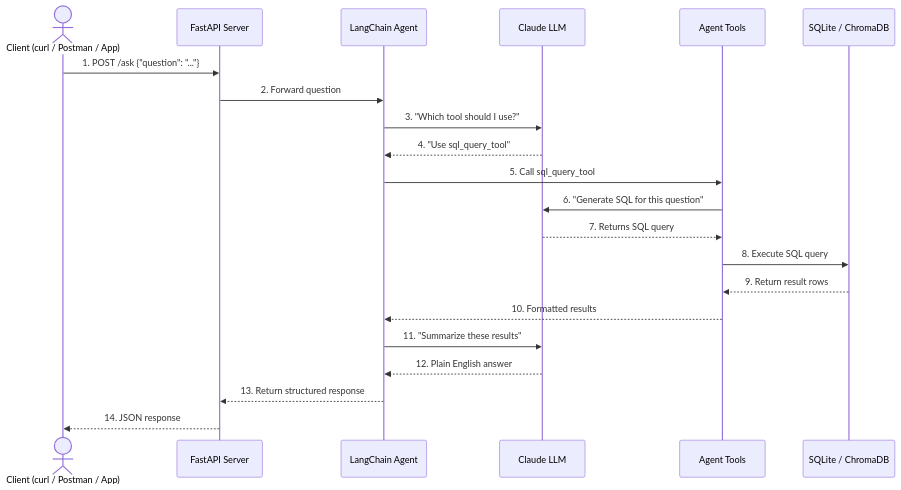
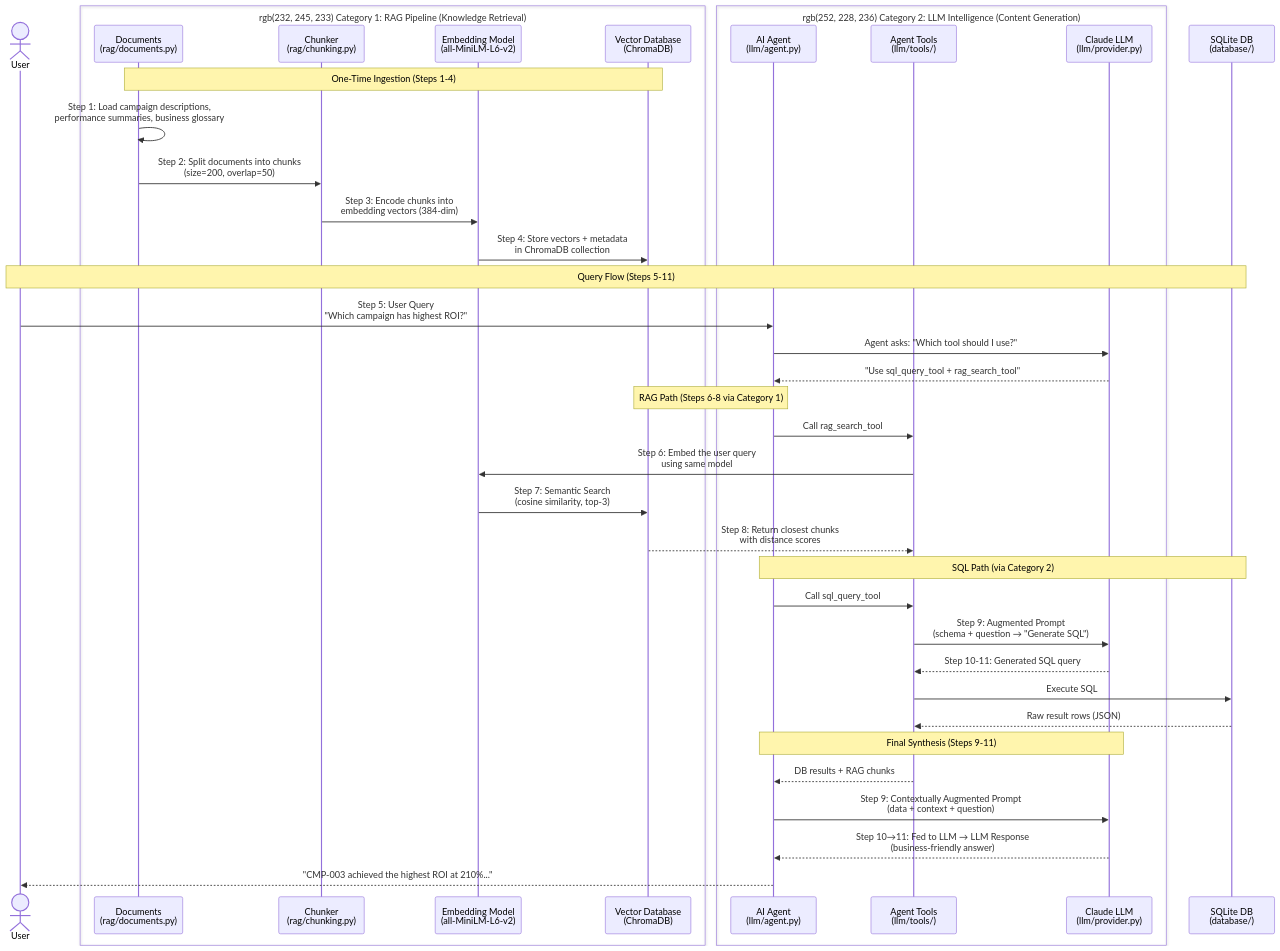
The first of 3 diagrams in dimo_project/campaign_performance_analysis/README.md (aakashkumar1980/certifications-aiml), drawn with Mermaid before and after one commit. The commit also changed other lines of this file and 5 other files, not shown here.

First line of the commit message:
Add Step labels to LLM tools and update all documentation with two-category architecture

````diff
--- a/dimo_project/campaign_performance_analysis/README.md
+++ b/dimo_project/campaign_performance_analysis/README.md
@@ -145,24 +168,49 @@
 ```mermaid
 sequenceDiagram
-    actor Client as Client (curl / Postman / App)
-    participant API as FastAPI Server
-    participant Agent as LangChain Agent
-    participant LLM as Claude LLM
-    participant Tools as Agent Tools
-    participant DB as SQLite / ChromaDB
+    actor User as User
 
-    Client->>API: 1. POST /ask {"question": "..."}
-    API->>Agent: 2. Forward question
-    Agent->>LLM: 3. "Which tool should I use?"
-    LLM-->>Agent: 4. "Use sql_query_tool"
-    Agent->>Tools: 5. Call sql_query_tool
-    Tools->>LLM: 6. "Generate SQL for this question"
-    LLM-->>Tools: 7. Returns SQL query
-    Tools->>DB: 8. Execute SQL query
-    DB-->>Tools: 9. Return result rows
-    Tools-->>Agent: 10. Formatted results
-    Agent->>LLM: 11. "Summarize these results"
-    LLM-->>Agent: 12. Plain English answer
-    Agent-->>API: 13. Return structured response
-    API-->>Client: 14. JSON response
+    box rgb(232, 245, 233) Category 1: RAG Pipeline (Knowledge Retrieval)
+        participant Docs as Documents<br/>(rag/documents.py)
+        participant Chunk as Chunker<br/>(rag/chunking.py)
+        participant Embed as Embedding Model<br/>(all-MiniLM-L6-v2)
+        participant VDB as Vector Database<br/>(ChromaDB)
+    end
+
+    box rgb(252, 228, 236) Category 2: LLM Intelligence (Content Generation)
+        participant Agent as AI Agent<br/>(llm/agent.py)
+        participant Tools as Agent Tools<br/>(llm/tools/)
+        participant LLM as Claude LLM<br/>(llm/provider.py)
+    end
+
+    participant DB as SQLite DB<br/>(database/)
+
+    Note over Docs, VDB: One-Time Ingestion (Steps 1-4)
+    Docs->>Docs: Step 1: Load campaign descriptions,<br/>performance summaries, business glossary
+    Docs->>Chunk: Step 2: Split documents into chunks<br/>(size=200, overlap=50)
+    Chunk->>Embed: Step 3: Encode chunks into<br/>embedding vectors (384-dim)
+    Embed->>VDB: Step 4: Store vectors + metadata<br/>in ChromaDB collection
+
+    Note over User, DB: Query Flow (Steps 5-11)
+    User->>Agent: Step 5: User Query<br/>"Which campaign has highest ROI?"
+    Agent->>LLM: Agent asks: "Which tool should I use?"
+    LLM-->>Agent: "Use sql_query_tool + rag_search_tool"
+
+    Note over Agent, VDB: RAG Path (Steps 6-8 via Category 1)
+    Agent->>Tools: Call rag_search_tool
+    Tools->>Embed: Step 6: Embed the user query<br/>using same model
+    Embed->>VDB: Step 7: Semantic Search<br/>(cosine similarity, top-3)
+    VDB-->>Tools: Step 8: Return closest chunks<br/>with distance scores
+
+    Note over Agent, DB: SQL Path (via Category 2)
+    Agent->>Tools: Call sql_query_tool
+    Tools->>LLM: Step 9: Augmented Prompt<br/>(schema + question → "Generate SQL")
+    LLM-->>Tools: Step 10-11: Generated SQL query
+    Tools->>DB: Execute SQL
+    DB-->>Tools: Raw result rows (JSON)
+
+    Note over Agent, LLM: Final Synthesis (Steps 9-11)
+    Tools-->>Agent: DB results + RAG chunks
+    Agent->>LLM: Step 9: Contextually Augmented Prompt<br/>(data + context + question)
+    LLM-->>Agent: Step 10→11: Fed to LLM → LLM Response<br/>(business-friendly answer)
+    Agent-->>User: "CMP-003 achieved the highest ROI at 210%..."
 ```
````
